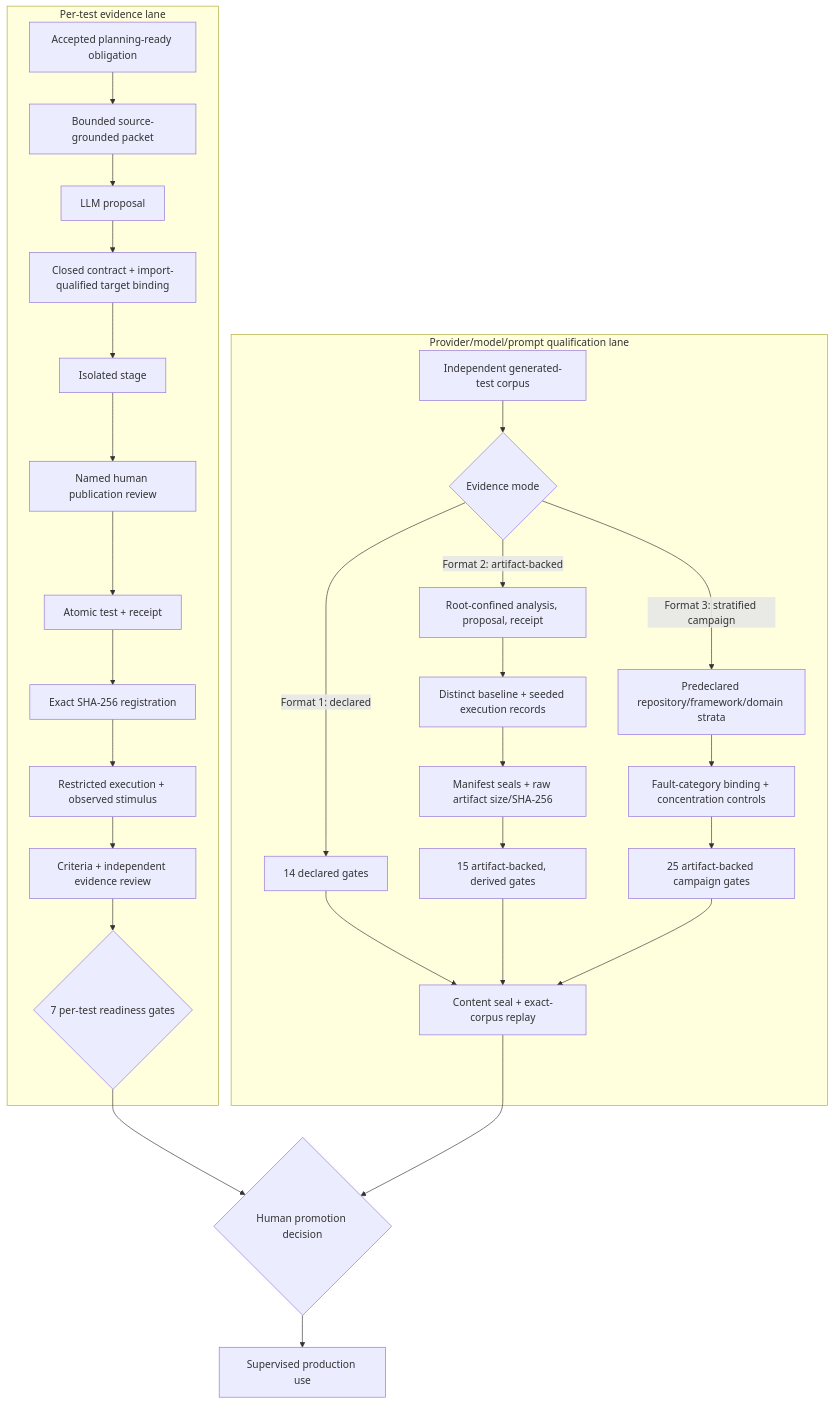
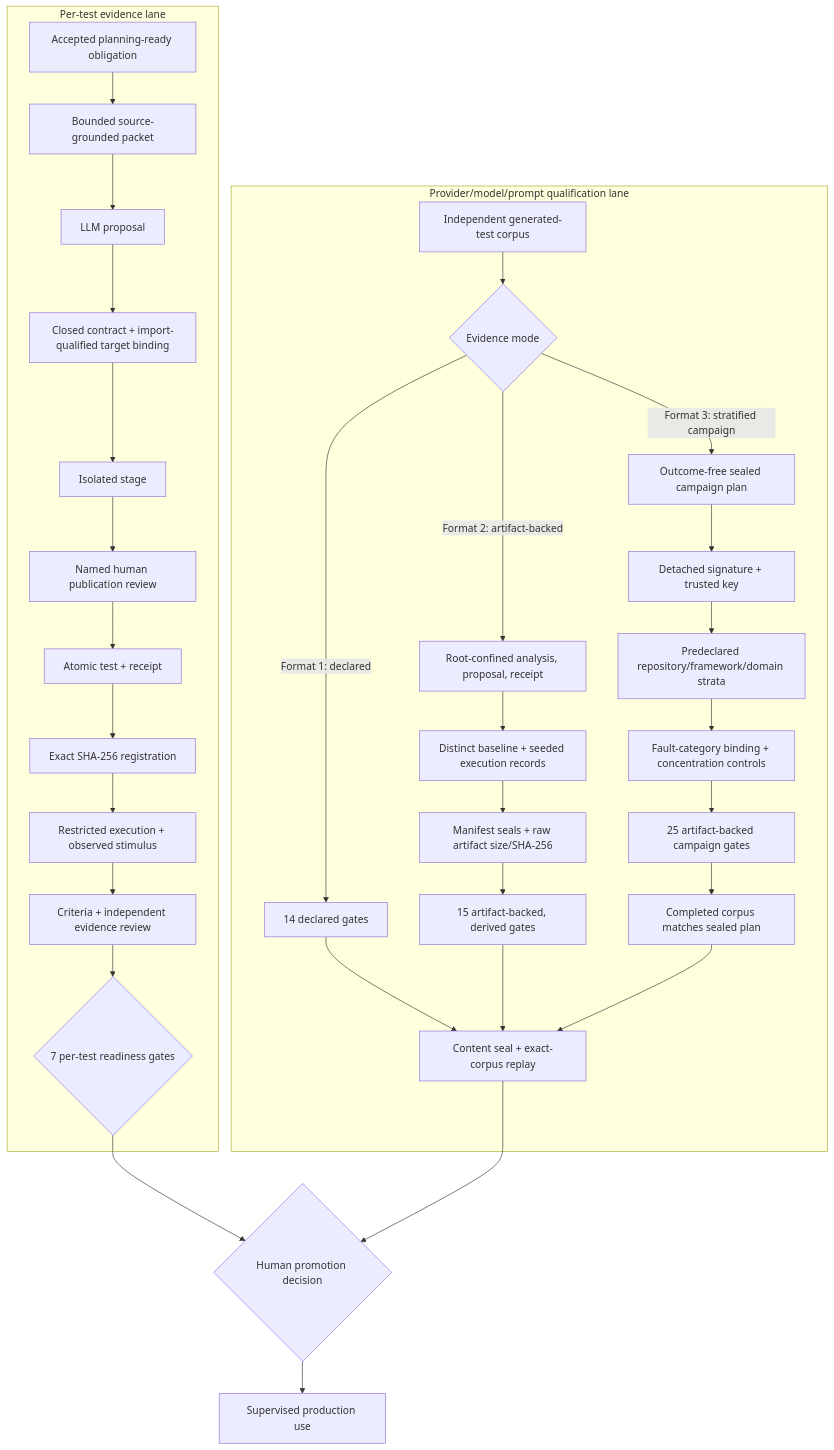
The third of 4 diagrams in README.md (willtran87/project-py-sfmea), drawn with Mermaid before and after one commit. The commit also changed other lines of this file and 8 other files, not shown here.

Commit message:
Refresh assurance workflows and diagrams

````diff
--- a/README.md
+++ b/README.md
@@ -1772,32 +1774,35 @@
 ```mermaid
 flowchart TB
   subgraph TEST["Per-test evidence lane"]
     A["Accepted planning-ready obligation"] --> B["Bounded source-grounded packet"]
     B --> C["LLM proposal"]
     C --> D["Closed contract + import-qualified target binding"]
     D --> E["Isolated stage"]
     E --> F["Named human publication review"]
     F --> G["Atomic test + receipt"]
     G --> H["Exact SHA-256 registration"]
     H --> I["Restricted execution + observed stimulus"]
     I --> J["Criteria + independent evidence review"]
     J --> K{"7 per-test readiness gates"}
   end
   subgraph MODEL["Provider/model/prompt qualification lane"]
     Q["Independent generated-test corpus"] --> QMODE{"Evidence mode"}
     QMODE -- "Format 1: declared" --> Q14["14 declared gates"]
     QMODE -- "Format 2: artifact-backed" --> QART["Root-confined analysis, proposal, receipt"]
-    QMODE -- "Format 3: stratified campaign" --> QSTRAT["Predeclared repository/framework/domain strata"]
+    QMODE -- "Format 3: stratified campaign" --> QPLAN["Outcome-free sealed campaign plan"]
+    QPLAN --> QKEY["Detached signature + trusted key"]
+    QKEY --> QSTRAT["Predeclared repository/framework/domain strata"]
     QART --> QEXE["Distinct baseline + seeded execution records"]
     QEXE --> QRAW["Manifest seals + raw artifact size/SHA-256"]
     QRAW --> Q15["15 artifact-backed, derived gates"]
     QSTRAT --> QFAULT["Fault-category binding + concentration controls"]
     QFAULT --> Q25["25 artifact-backed campaign gates"]
+    Q25 --> QMATCH["Completed corpus matches sealed plan"]
     Q14 --> QREPLAY["Content seal + exact-corpus replay"]
     Q15 --> QREPLAY
-    Q25 --> QREPLAY
+    QMATCH --> QREPLAY
   end
   K --> P{"Human promotion decision"}
   QREPLAY --> P
   P --> U["Supervised production use"]
 ```
````
